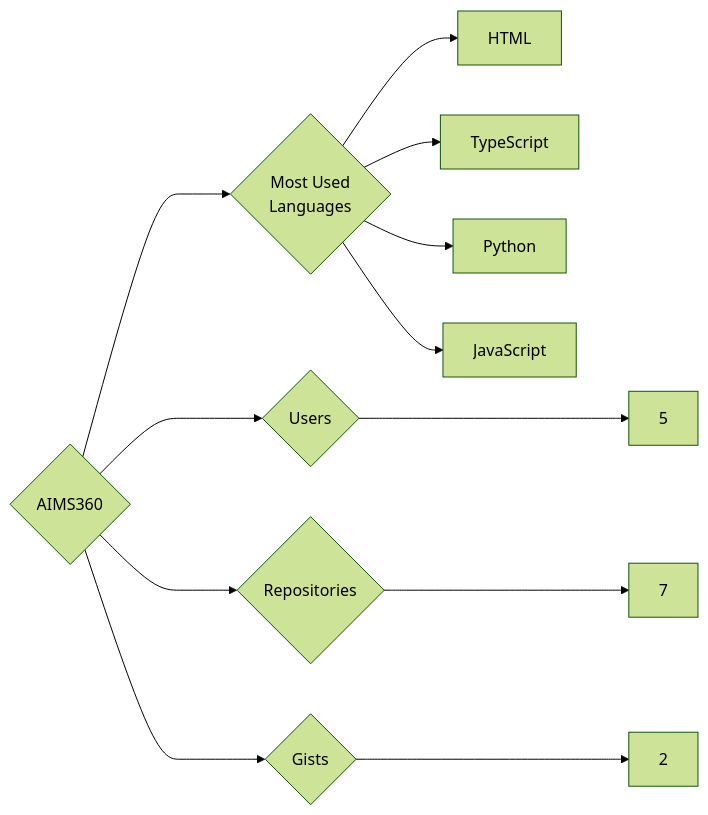
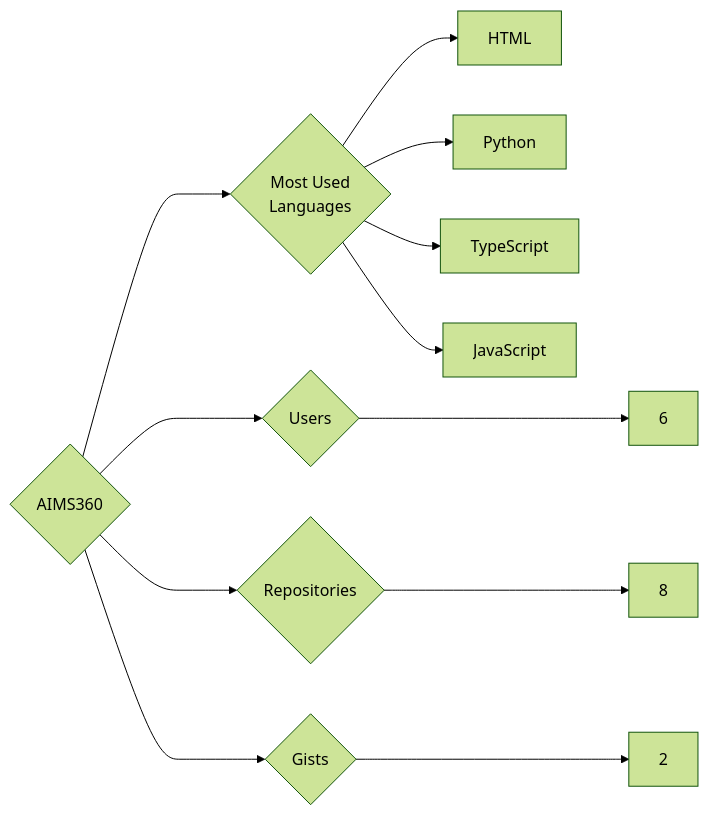
One commit to trickest/insiders changed the diagram in targets/AIMS360/README.md. Above: the diagram before and after it, drawn with Mermaid (forest theme). The commit also changed 912 other files, not shown here.

````diff
--- a/targets/AIMS360/README.md
+++ b/targets/AIMS360/README.md
@@ -3,12 +3,12 @@
 ```mermaid
 graph LR
 COMPANY_NAME{AIMS360}
-COMPANY_NAME ---> U{Users} ---> UN[5]
-COMPANY_NAME ---> R{Repositories} ---> RN[7]
+COMPANY_NAME ---> U{Users} ---> UN[6]
+COMPANY_NAME ---> R{Repositories} ---> RN[8]
 COMPANY_NAME ---> G{Gists} ---> GN[2]
 COMPANY_NAME ---> ML{Most Used<br>Languages}
 ML --> HTML[HTML]
+ML --> Python[Python]
 ML --> TypeScript[TypeScript]
-ML --> Python[Python]
 ML --> JavaScript[JavaScript]
 ```
````
